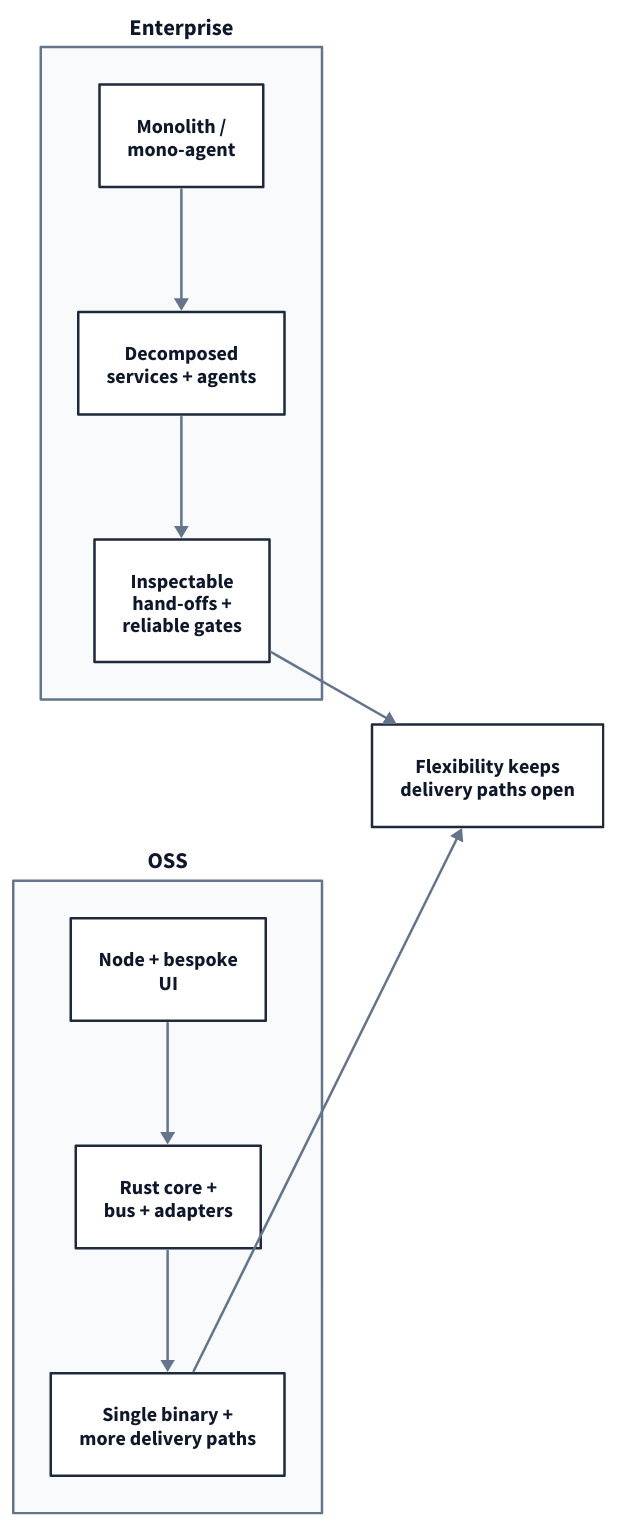
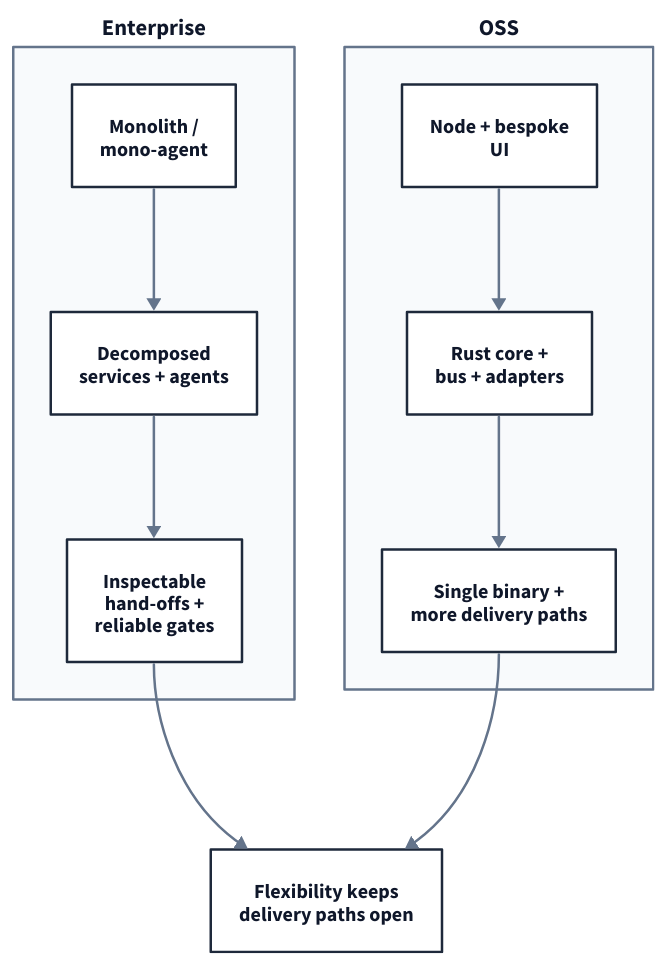
One commit to muness/muness.github.io changed the diagram in viz/architecture-flexibility-map.d2. Above: the diagram before and after it, drawn with D2. The commit also changed 3 other files, not shown here.

```diff
--- a/viz/architecture-flexibility-map.d2
+++ b/viz/architecture-flexibility-map.d2
@@ -1,96 +1,95 @@
-direction: right
+direction: down
 
 vars: {
   stroke: "#1E293B"
   accent: "#64748B"
   text: "#0F172A"
   lane: "#F8FAFC"
 }
 
 classes: {
   box: {
     style: {
       stroke: ${stroke}
       stroke-width: 2
       font-color: ${text}
       font-size: 16
       bold: true
       fill: "#FFFFFF"
     }
   }
   lane: {
     style: {
       stroke: ${accent}
       stroke-width: 2
       font-color: ${text}
       font-size: 18
       bold: true
       fill: ${lane}
     }
   }
   edge: {
     style: {
       stroke: ${accent}
       stroke-width: 2
       font-color: ${accent}
       font-size: 14
     }
   }
 }
 
 enterprise: {
   class: lane
   label: "Enterprise"
-  near: top-left
+  direction: right
 
   ent_before: {
     class: box
     label: "Monolith /\nmono-agent"
   }
 
   ent_after: {
     class: box
     label: "Decomposed\nservices + agents"
   }
 
   ent_outcome: {
     class: box
     label: "Inspectable\nhand-offs +\nreliable gates"
   }
 
   ent_before -> ent_after: {class: edge}
   ent_after -> ent_outcome: {class: edge}
 }
 
 oss: {
   class: lane
   label: "OSS"
-  near: bottom-left
+  direction: right
 
   oss_before: {
     class: box
     label: "Node + bespoke\nUI"
   }
 
   oss_after: {
     class: box
     label: "Rust core +\nbus + adapters"
   }
 
   oss_outcome: {
     class: box
     label: "Single binary +\nmore delivery paths"
   }
 
   oss_before -> oss_after: {class: edge}
   oss_after -> oss_outcome: {class: edge}
 }
 
 leaders: {
   class: box
   label: "Flexibility keeps\ndelivery paths open"
-  near: center-right
 }
 
 enterprise.ent_outcome -> leaders: {class: edge}
 oss.oss_outcome -> leaders: {class: edge}
```
